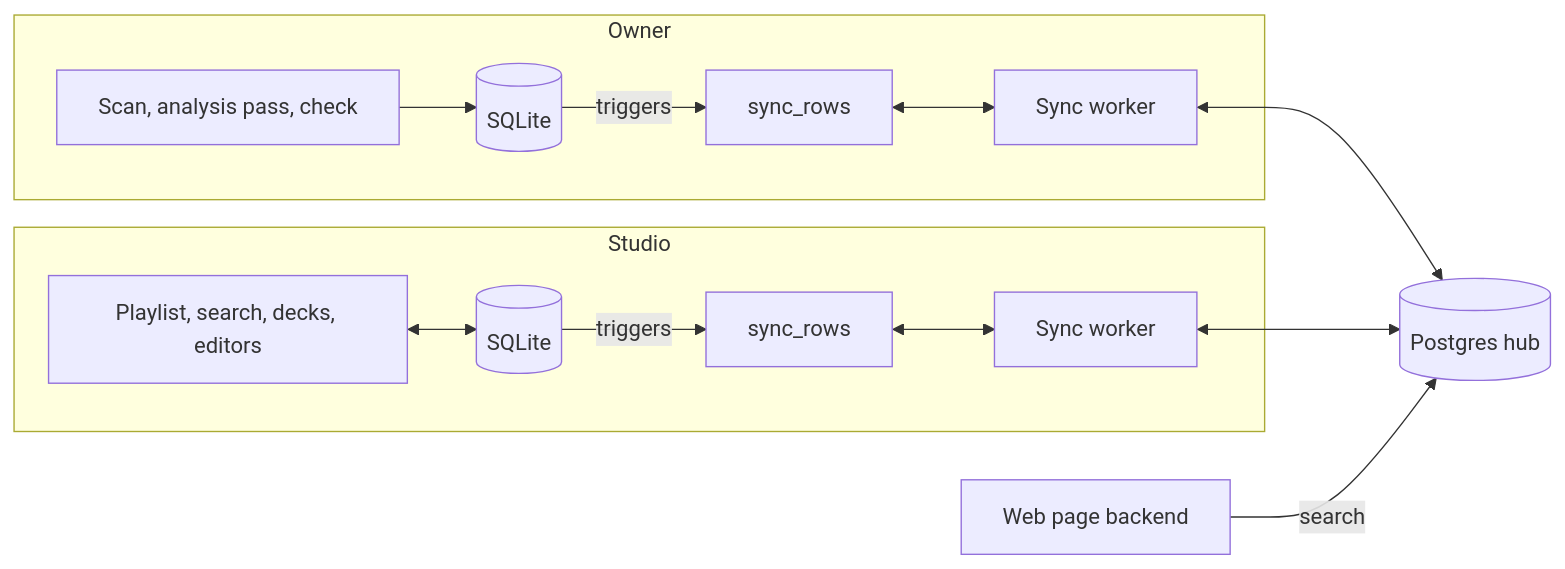
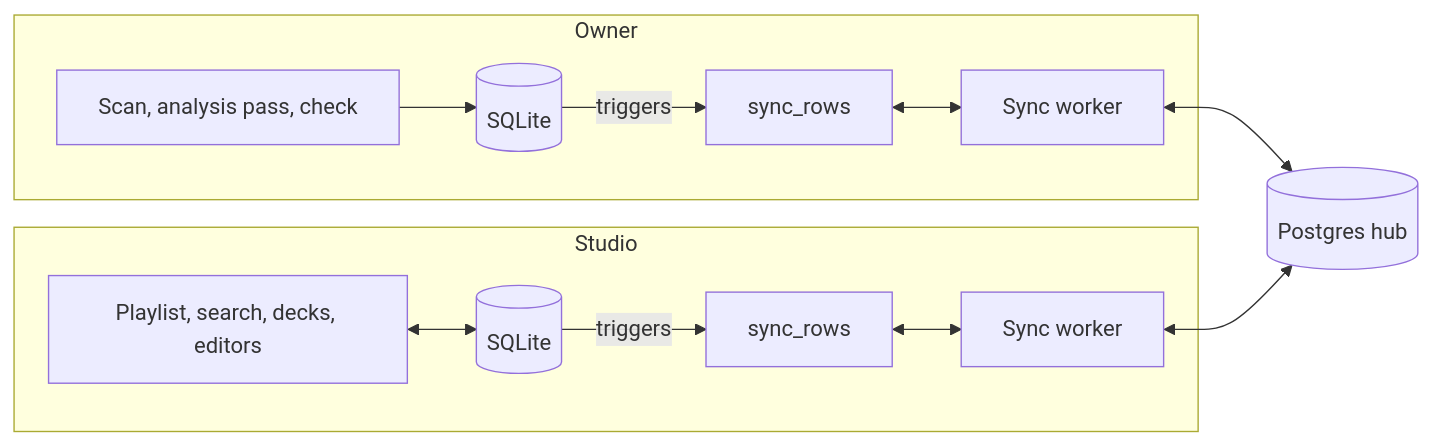
Before and after one commit to Arskah/radiodiodj: the diagram in docs/shared-library.md, drawn with Mermaid. The commit also changed other lines of this file and 6 other files, not shown here.

````diff
--- a/docs/shared-library.md
+++ b/docs/shared-library.md
@@ -62,17 +57,16 @@
 ```mermaid
 flowchart LR
   subgraph owner["Owner"]
     S["Scan, analysis pass, check"] --> ODB[("SQLite")]
     ODB -- "triggers" --> OC["sync_rows"]
     OC <--> OW["Sync worker"]
   end
   HUB[("Postgres hub")]
   subgraph studio["Studio"]
     P["Playlist, search, decks, editors"] <--> RDB[("SQLite")]
     RDB -- "triggers" --> SC["sync_rows"]
     SC <--> SW["Sync worker"]
   end
   OW <--> HUB
   SW <--> HUB
-  WEB["Web page backend"] -- "search" --> HUB
 ```
````
